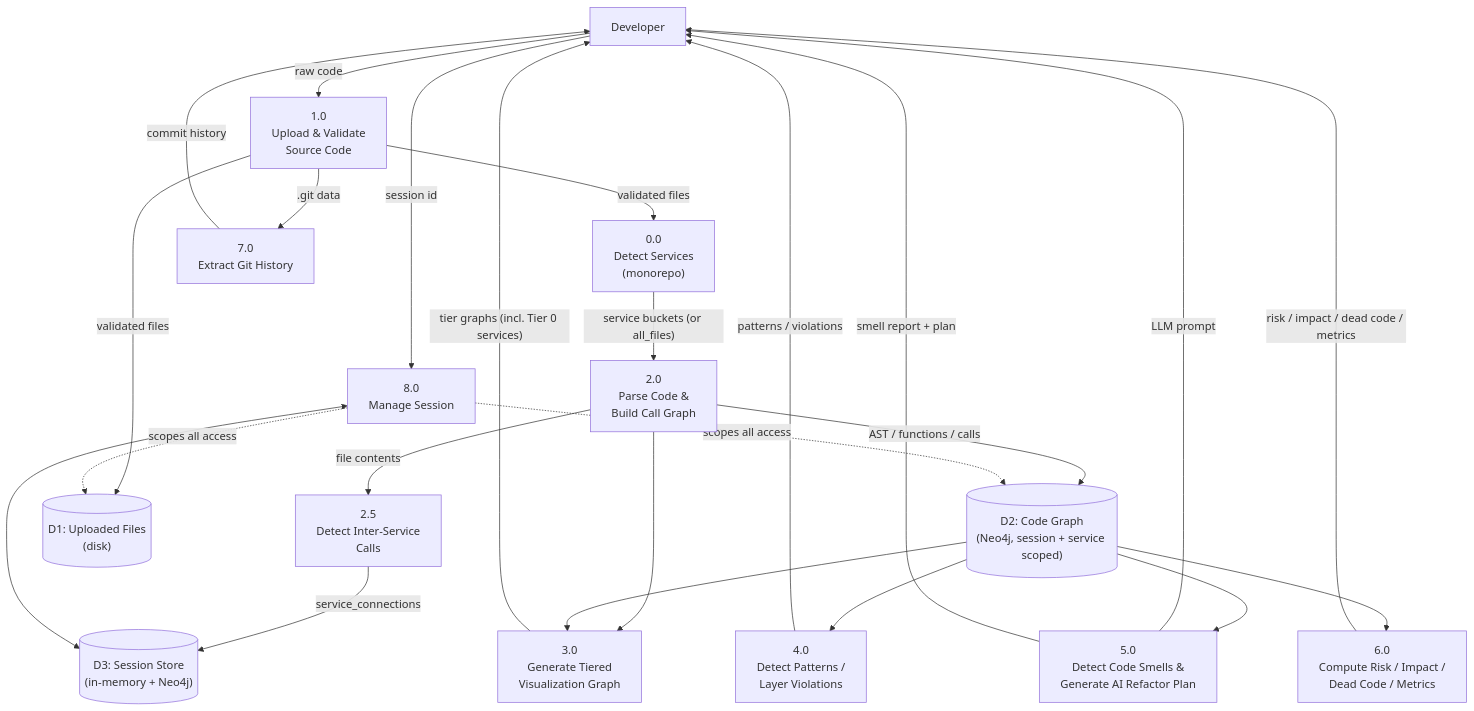
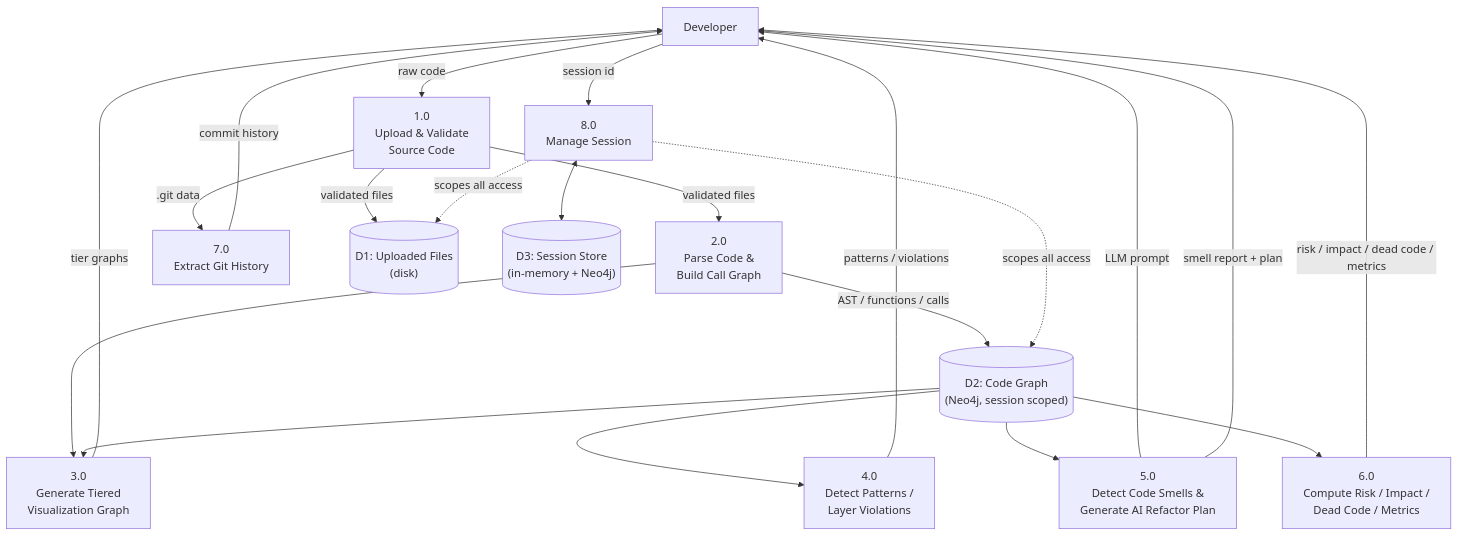
One commit to farjanasarker/Code_Base_Visualisation changed the fourth of 12 diagrams in SRS.md. Above: the diagram before and after it, drawn with Mermaid. The commit also changed other lines of this file and 27 other files, not shown here.

````diff
--- a/SRS.md
+++ b/SRS.md
@@ -437,48 +384,43 @@
 ```mermaid
 flowchart TB
     User["Developer"]
 
-    P0["0.0<br/>Detect Services<br/>(monorepo)"]
     P1["1.0<br/>Upload & Validate<br/>Source Code"]
     P2["2.0<br/>Parse Code &<br/>Build Call Graph"]
-    P2B["2.5<br/>Detect Inter-Service<br/>Calls"]
     P3["3.0<br/>Generate Tiered<br/>Visualization Graph"]
     P4["4.0<br/>Detect Patterns /<br/>Layer Violations"]
     P5["5.0<br/>Detect Code Smells &<br/>Generate AI Refactor Plan"]
     P6["6.0<br/>Compute Risk / Impact /<br/>Dead Code / Metrics"]
     P7["7.0<br/>Extract Git History"]
     P8["8.0<br/>Manage Session"]
 
     D1[("D1: Uploaded Files<br/>(disk)")]
-    D2[("D2: Code Graph<br/>(Neo4j, session + service scoped)")]
+    D2[("D2: Code Graph<br/>(Neo4j, session scoped)")]
     D3[("D3: Session Store<br/>(in-memory + Neo4j)")]
 
     User -- "raw code" --> P1
     P1 -- "validated files" --> D1
-    P1 -- "validated files" --> P0
-    P0 -- "service buckets (or all_files)" --> P2
+    P1 -- "validated files" --> P2
     P2 -- "AST / functions / calls" --> D2
-    P2 -- "file contents" --> P2B
-    P2B -- "service_connections" --> D3
     P2 --> P3
     D2 --> P3
-    P3 -- "tier graphs (incl. Tier 0 services)" --> User
+    P3 -- "tier graphs" --> User
 
     D2 --> P4
     P4 -- "patterns / violations" --> User
 
     D2 --> P5
     P5 -- "LLM prompt" --> User
     P5 -- "smell report + plan" --> User
 
     D2 --> P6
     P6 -- "risk / impact / dead code / metrics" --> User
 
     P1 -- ".git data" --> P7
     P7 -- "commit history" --> User
 
     User -- "session id" --> P8
     P8 <--> D3
     P8 -. "scopes all access" .-> D1
     P8 -. "scopes all access" .-> D2
 ```
````
